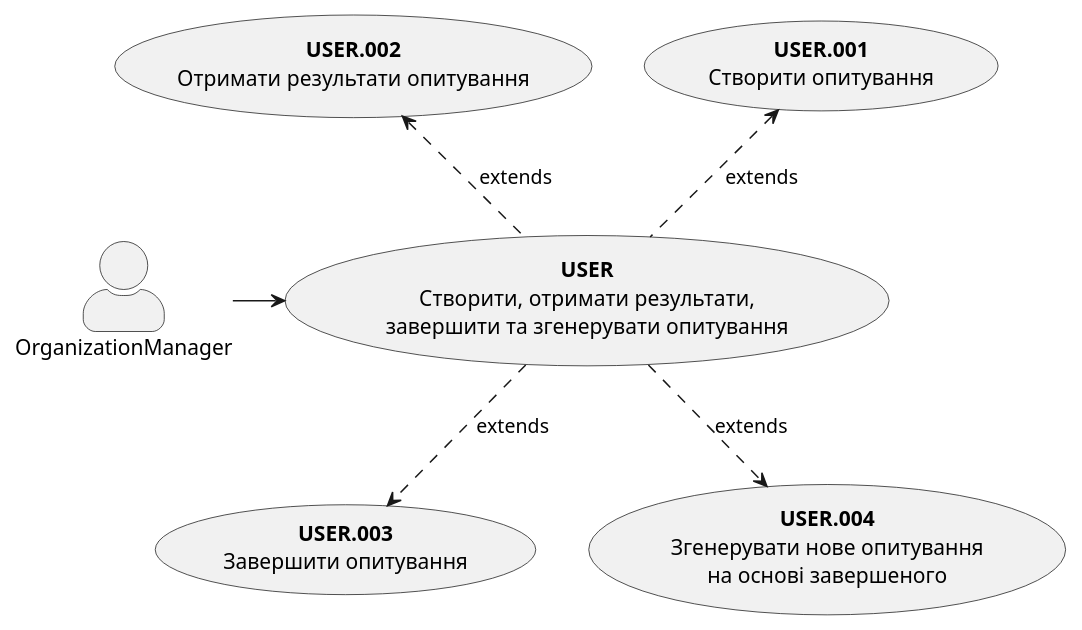
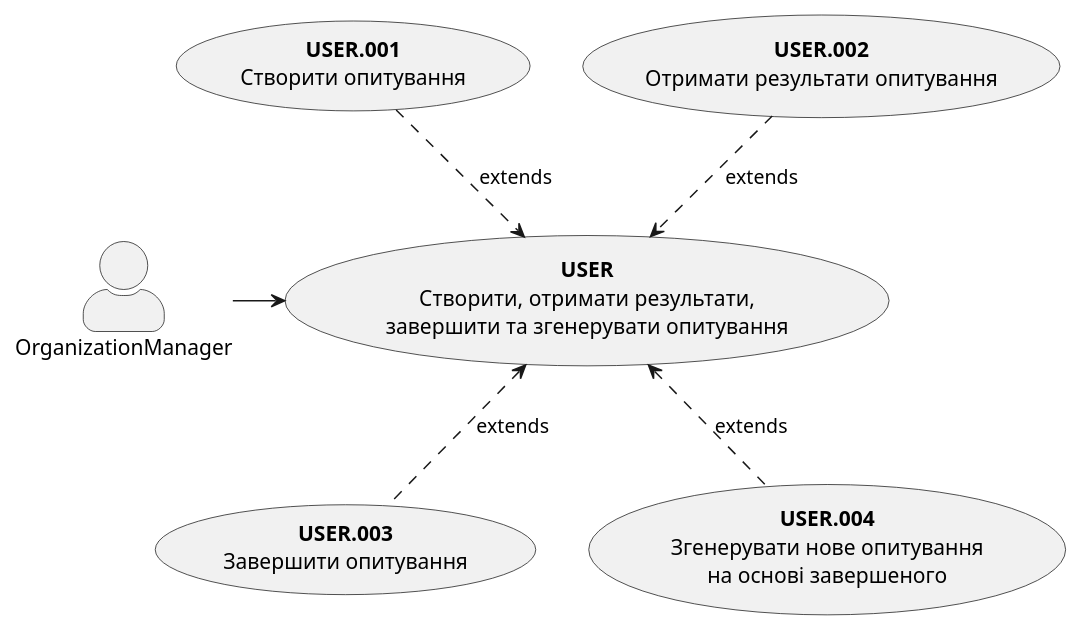
Before and after one commit to ic3top/QuizHub: the fourth of 19 diagrams in docs/use cases/README.md, drawn with PlantUML. The commit also changed other lines of this file and 2 other files, not shown here.

Commit message:
Divnich (#6)
Lab3

```diff
--- a/docs/use cases/README.md
+++ b/docs/use cases/README.md
@@ -84,18 +84,18 @@
 @startuml
 
     skinparam actorStyle awesome
     actor OrganizationManager
 
     usecase "<b>USER\nСтворити, отримати результати,\nзавершити та згенерувати опитування" as QUIZ
     usecase "<b>USER.001\nСтворити опитування" as CreatePoll
     usecase "<b>USER.002\nОтримати результати опитування" as GetResults
     usecase "<b>USER.003\nЗавершити опитування" as FinishSurvey
     usecase "<b>USER.004\nЗгенерувати нове опитування\nна основі завершеного" as GeneratePoll
 
     OrganizationManager -r-> QUIZ
-    QUIZ .u.> CreatePoll : extends
-    QUIZ .u.> GetResults : extends
-    QUIZ .d.> FinishSurvey : extends
-    QUIZ .d.> GeneratePoll : extends
+    CreatePoll .d.> QUIZ : extends
+    GetResults .d.> QUIZ : extends
+    FinishSurvey .u.> QUIZ : extends
+    GeneratePoll .u.> QUIZ : extends
 
 @enduml
```
